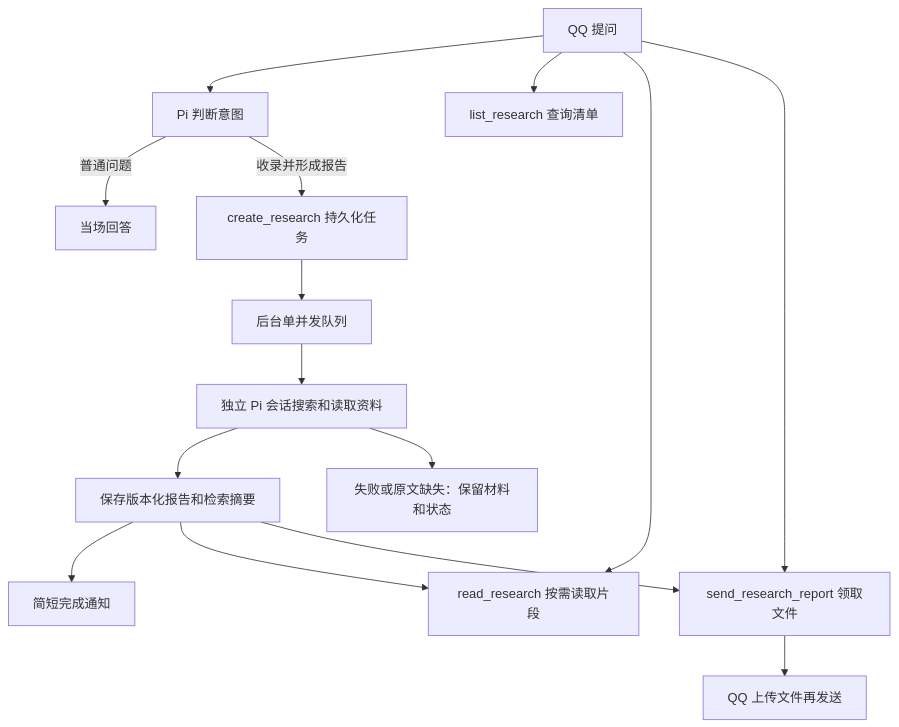
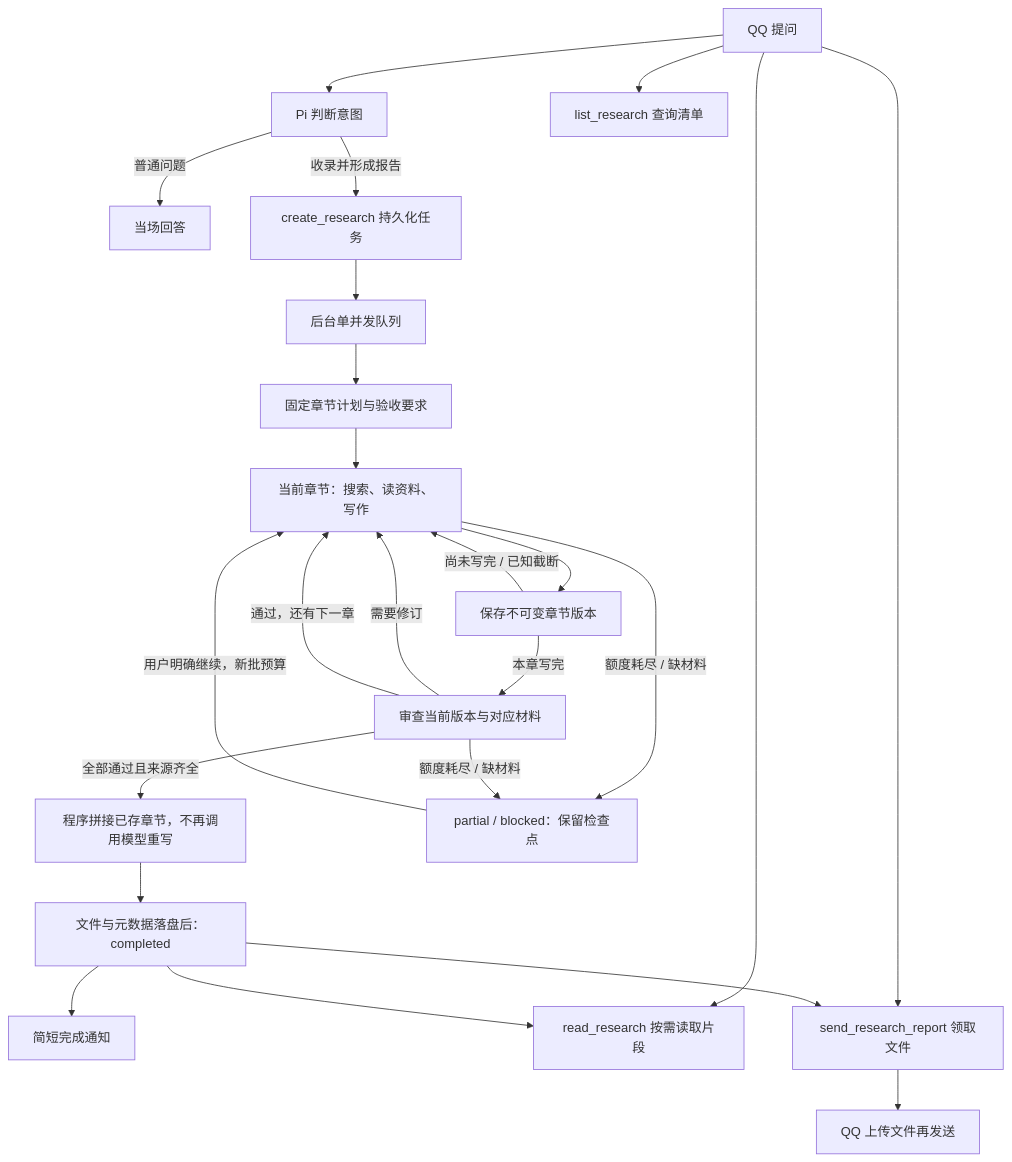
One commit to drunk-cat423/pa changed the diagram in docs/research.md. Above: the diagram before and after it, drawn with Mermaid. The commit also changed other lines of this file and 38 other files, not shown here.

````diff
--- a/docs/research.md
+++ b/docs/research.md
@@ -15,17 +15,26 @@
 ```mermaid
 flowchart TD
     request["QQ 提问"] --> model["Pi 判断意图"]
     model -->|"普通问题"| answer["当场回答"]
     model -->|"收录并形成报告"| create["create_research 持久化任务"]
     create --> queue["后台单并发队列"]
-    queue --> research["独立 Pi 会话搜索和读取资料"]
-    research --> report["保存版本化报告和检索摘要"]
-    research --> blocked["失败或原文缺失：保留材料和状态"]
+    queue --> plan["固定章节计划与验收要求"]
+    plan --> research["当前章节：搜索、读资料、写作"]
+    research --> checkpoint["保存不可变章节版本"]
+    checkpoint -->|"尚未写完 / 已知截断"| research
+    checkpoint -->|"本章写完"| review["审查当前版本与对应材料"]
+    review -->|"需要修订"| research
+    review -->|"通过，还有下一章"| research
+    review -->|"全部通过且来源齐全"| assemble["程序拼接已存章节，不再调用模型重写"]
+    assemble --> report["文件与元数据落盘后：completed"]
+    research -->|"额度耗尽 / 缺材料"| blocked["partial / blocked：保留检查点"]
+    review -->|"额度耗尽 / 缺材料"| blocked
+    blocked -->|"用户明确继续，新批预算"| research
     report --> notice["简短完成通知"]
     request --> list["list_research 查询清单"]
     request --> read["read_research 按需读取片段"]
     request --> send["send_research_report 领取文件"]
     report --> read
     report --> send
     send --> qq["QQ 上传文件再发送"]
 ```
````
